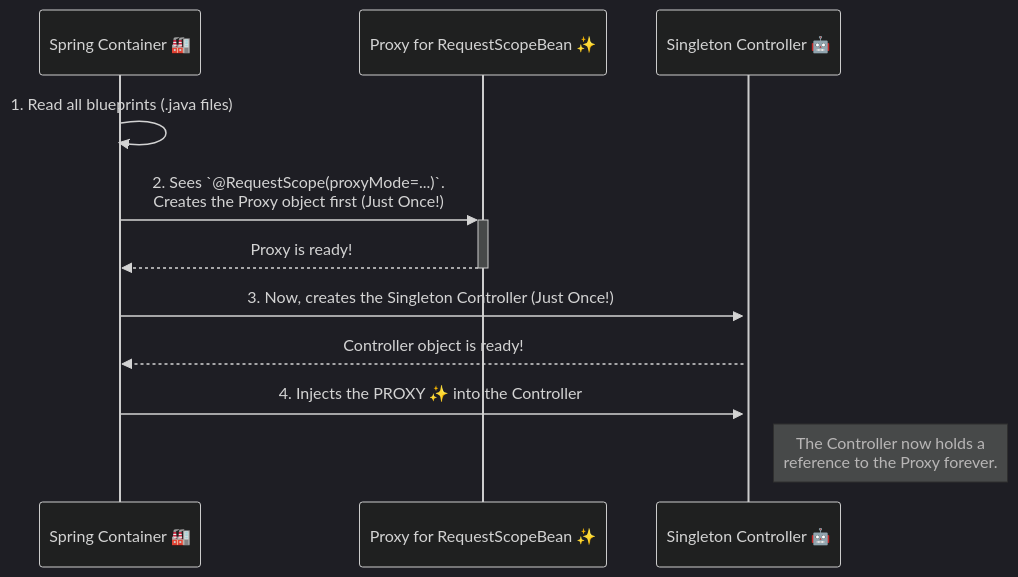
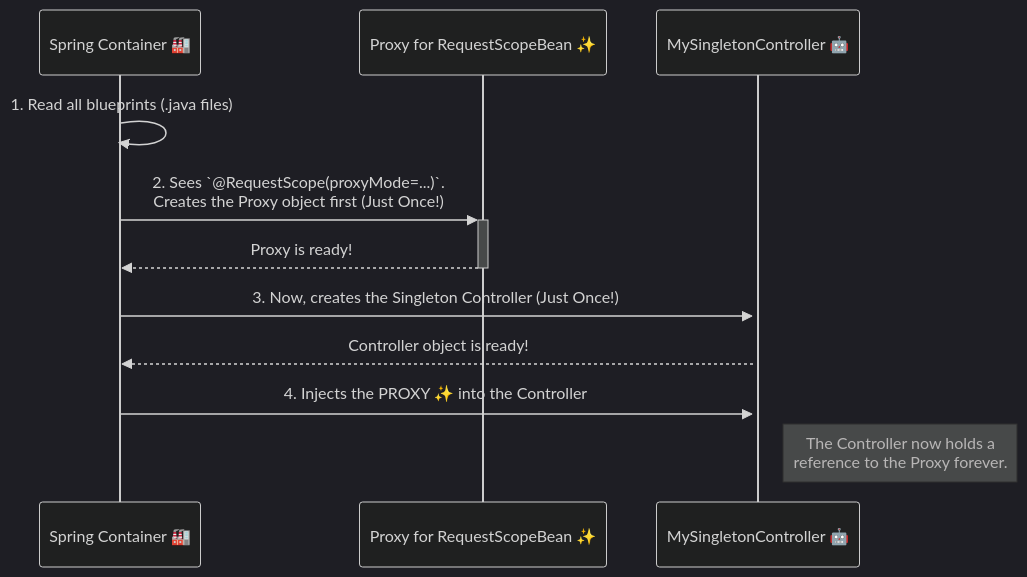
Before and after one commit to pdheeraj99/Spring-Guide: the first of 2 diagrams in Spring-Concepts/02-Core-Technologies/01-The-IoC-Container/12-The-Request-Scope.md, drawn with Mermaid. The commit also changed other lines of this file and 2 other files, not shown here.

````diff
--- a/Spring-Concepts/02-Core-Technologies/01-The-IoC-Container/12-The-Request-Scope.md
+++ b/Spring-Concepts/02-Core-Technologies/01-The-IoC-Container/12-The-Request-Scope.md
@@ -27,17 +27,17 @@
 ```mermaid
 %%{init: {'theme': 'dark', 'themeVariables': { 'primaryColor': '#2d2d2d', 'primaryTextColor': '#fff'}}}%%
 sequenceDiagram
     participant Spring as Spring Container 🏭
     participant Proxy as Proxy for RequestScopeBean ✨
-    participant Controller as Singleton Controller 🤖
+    participant Controller as MySingletonController 🤖
 
     Spring->>Spring: 1. Read all blueprints (.java files)
     Spring->>+Proxy: 2. Sees `@RequestScope(proxyMode=...)`.<br>Creates the Proxy object first (Just Once!)
     Proxy-->>-Spring: Proxy is ready!
 
     Spring->>+Controller: 3. Now, creates the Singleton Controller (Just Once!)
     Controller-->>Spring: Controller object is ready!
 
     Spring->>Controller: 4. Injects the PROXY ✨ into the Controller
     Note right of Controller: The Controller now holds a<br>reference to the Proxy forever.
 ```
````
